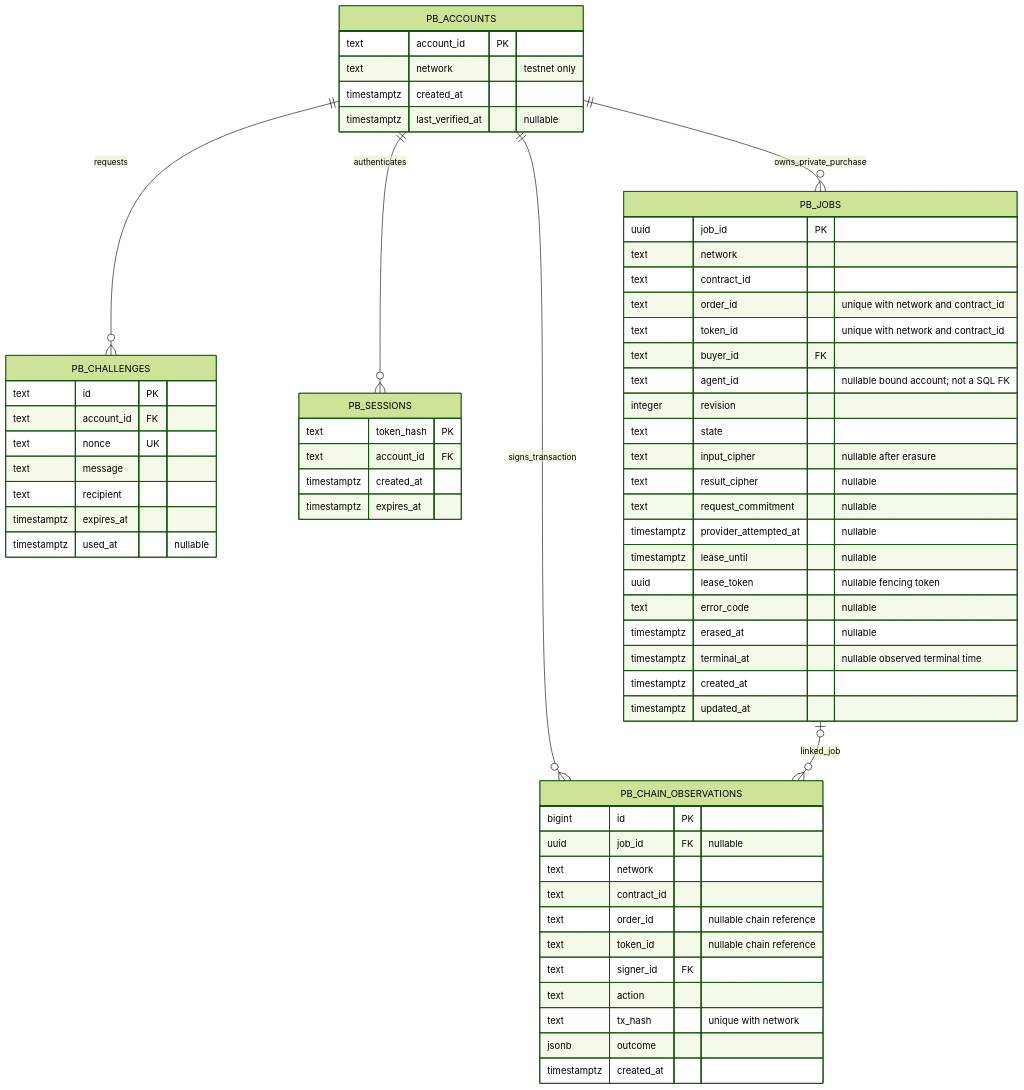
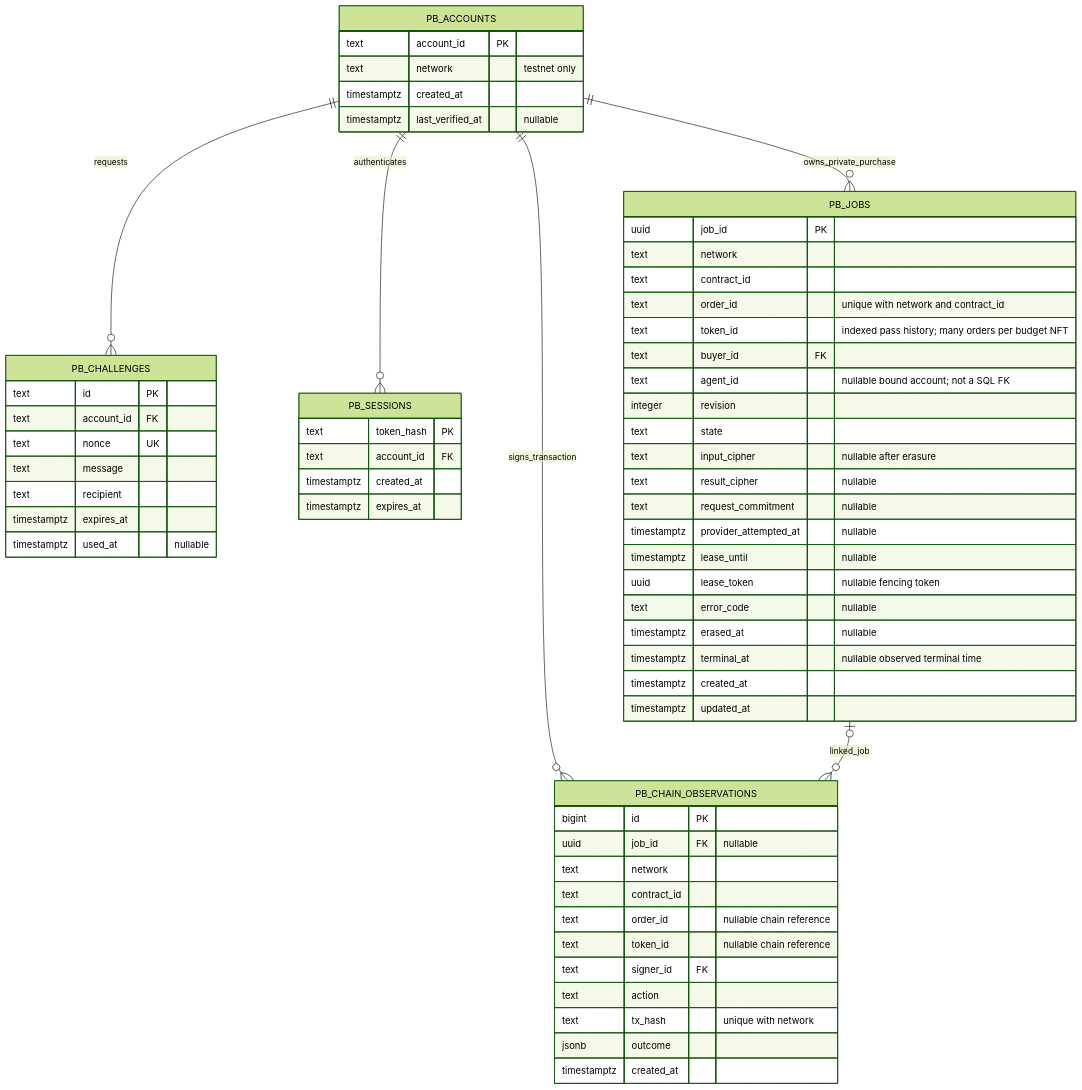
One commit to EndPx/proofbill changed the first of 2 diagrams in docs/database/ERD.md. Above: the diagram before and after it, drawn with Mermaid (forest theme). The commit also changed other lines of this file and 18 other files, not shown here.

````diff
--- a/docs/database/ERD.md
+++ b/docs/database/ERD.md
@@ -24,65 +24,65 @@
 ```mermaid
 erDiagram
     PB_ACCOUNTS ||--o{ PB_CHALLENGES : requests
     PB_ACCOUNTS ||--o{ PB_SESSIONS : authenticates
     PB_ACCOUNTS ||--o{ PB_JOBS : owns_private_purchase
     PB_ACCOUNTS ||--o{ PB_CHAIN_OBSERVATIONS : signs_transaction
     PB_JOBS o|--o{ PB_CHAIN_OBSERVATIONS : linked_job
 
     PB_ACCOUNTS {
         text account_id PK
         text network "testnet only"
         timestamptz created_at
         timestamptz last_verified_at "nullable"
     }
     PB_CHALLENGES {
         text id PK
         text account_id FK
         text nonce UK
         text message
         text recipient
         timestamptz expires_at
         timestamptz used_at "nullable"
     }
     PB_SESSIONS {
         text token_hash PK
         text account_id FK
         timestamptz created_at
         timestamptz expires_at
     }
     PB_JOBS {
         uuid job_id PK
         text network
         text contract_id
         text order_id "unique with network and contract_id"
-        text token_id "unique with network and contract_id"
+        text token_id "indexed pass history; many orders per budget NFT"
         text buyer_id FK
         text agent_id "nullable bound account; not a SQL FK"
         integer revision
         text state
         text input_cipher "nullable after erasure"
         text result_cipher "nullable"
         text request_commitment "nullable"
         timestamptz provider_attempted_at "nullable"
         timestamptz lease_until "nullable"
         uuid lease_token "nullable fencing token"
         text error_code "nullable"
         timestamptz erased_at "nullable"
         timestamptz terminal_at "nullable observed terminal time"
         timestamptz created_at
         timestamptz updated_at
     }
     PB_CHAIN_OBSERVATIONS {
         bigint id PK
         uuid job_id FK "nullable"
         text network
         text contract_id
         text order_id "nullable chain reference"
         text token_id "nullable chain reference"
         text signer_id FK
         text action
         text tx_hash "unique with network"
         jsonb outcome
         timestamptz created_at
     }
 ```
````
